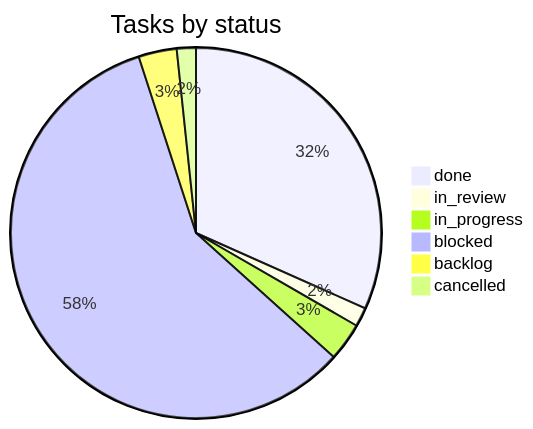
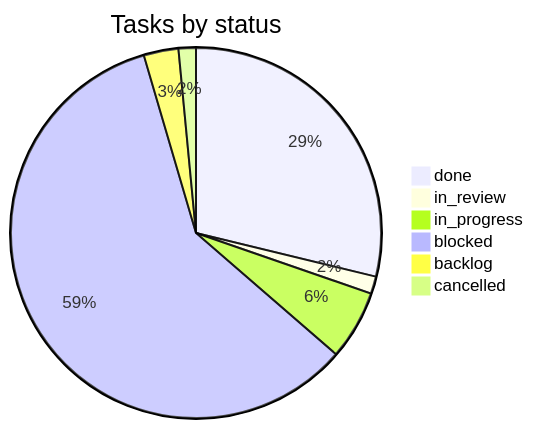
Before and after one commit to vulcanflow/docs: the second of 2 diagrams in PROGRESS.md, drawn with Mermaid. The commit also changed other lines of this file and 1 other file, not shown here.

Commit message:
progress: 7 status changes (VFL-70, VFL-73, VFL-74, VFL-75, VFL-76, VFL-77, VFL-78) (#65)

````diff
--- a/PROGRESS.md
+++ b/PROGRESS.md
@@ -58,9 +58,9 @@
 ```mermaid
 pie title Tasks by status
   "done" : 19
   "in_review" : 1
-  "in_progress" : 2
-  "blocked" : 35
+  "in_progress" : 4
+  "blocked" : 39
   "backlog" : 2
   "cancelled" : 1
 ```
````
